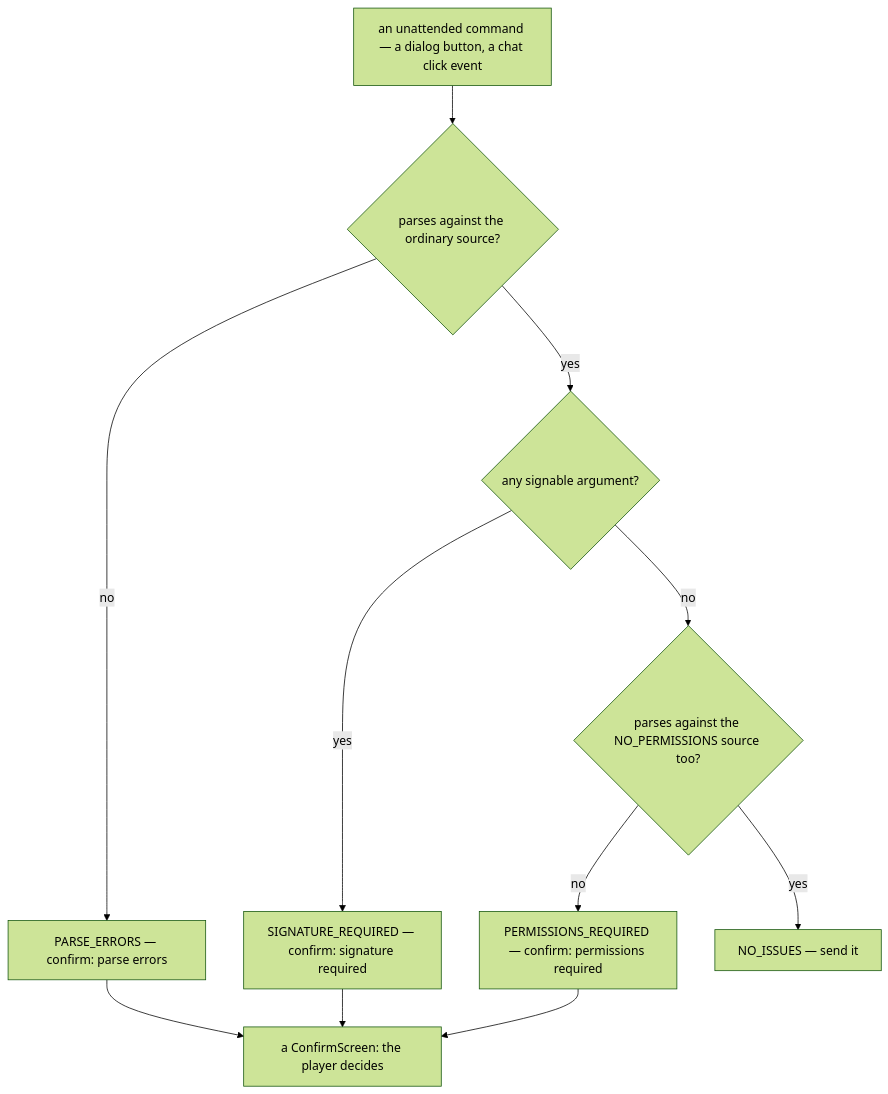
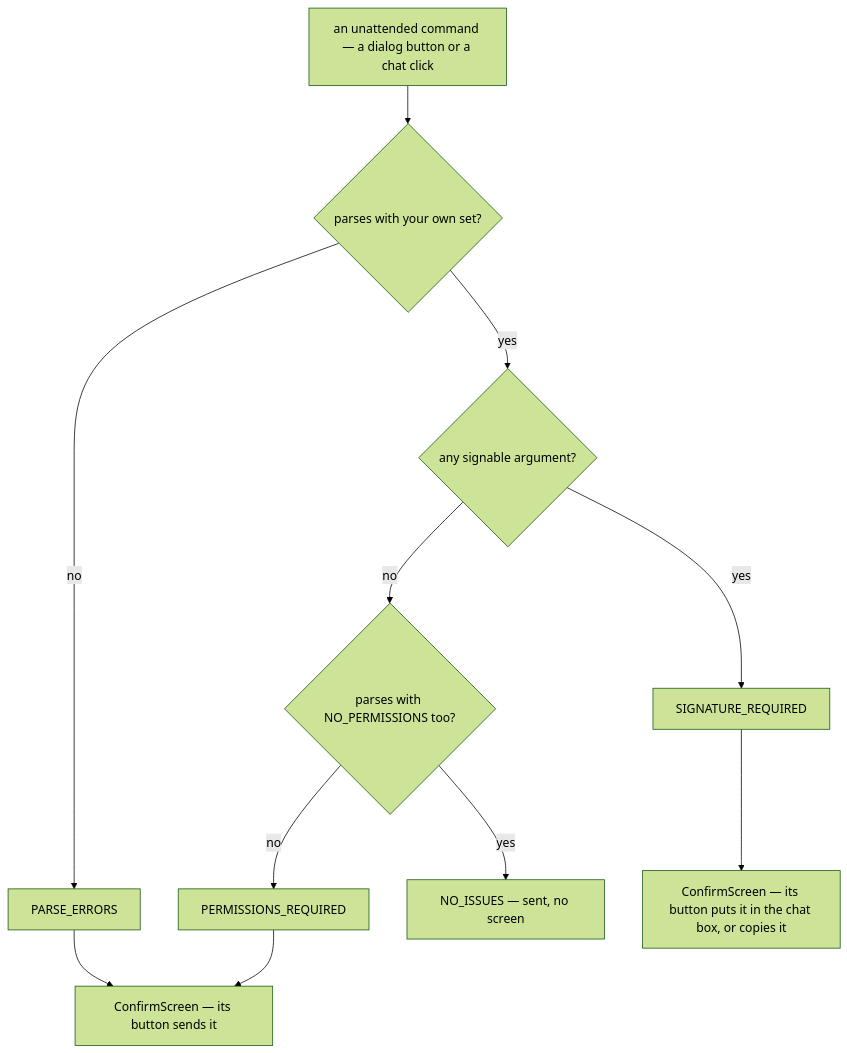
Before and after one commit to AlexanderjFraser/MinecraftDocs: the second of 2 diagrams in src/systems/commands/permissions.md, drawn with Mermaid (forest theme). The commit also changed other lines of this file and 16 other files, not shown here.

````diff
--- a/src/systems/commands/permissions.md
+++ b/src/systems/commands/permissions.md
@@ -243,14 +269,14 @@
 ```mermaid
-flowchart TB
-    IN["an unattended command — a dialog button, a chat click event"]
-    IN --> P1{"parses against the ordinary source?"}
-    P1 -- no --> E1["PARSE_ERRORS — confirm: parse errors"]
+flowchart TD
+    IN["an unattended command — a dialog button or a chat click"]
+    IN --> P1{"parses with your own set?"}
+    P1 -- no --> E1["PARSE_ERRORS"]
     P1 -- yes --> P2{"any signable argument?"}
-    P2 -- yes --> E2["SIGNATURE_REQUIRED — confirm: signature required"]
-    P2 -- no --> P3{"parses against the NO_PERMISSIONS source too?"}
-    P3 -- no --> E3["PERMISSIONS_REQUIRED — confirm: permissions required"]
-    P3 -- yes --> OK["NO_ISSUES — send it"]
-    E1 --> CS["a ConfirmScreen: the player decides"]
-    E2 --> CS
-    E3 --> CS
+    P2 -- yes --> E2["SIGNATURE_REQUIRED"]
+    P2 -- no --> P3{"parses with NO_PERMISSIONS too?"}
+    P3 -- no --> E3["PERMISSIONS_REQUIRED"]
+    P3 -- yes --> OK["NO_ISSUES — sent, no screen"]
+    E1 --> RUN["ConfirmScreen — its button sends it"]
+    E3 --> RUN
+    E2 --> SUG["ConfirmScreen — its button puts it in the chat box, or copies it"]
 ```
````
